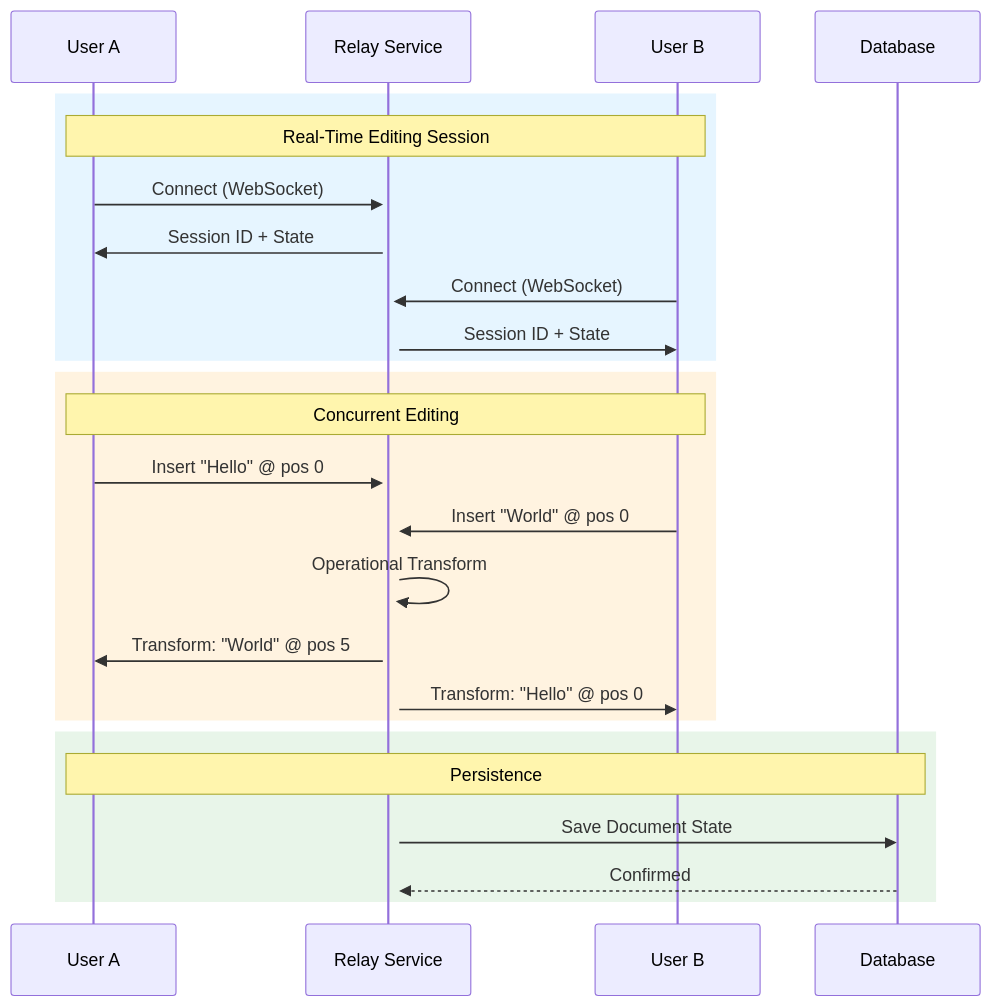
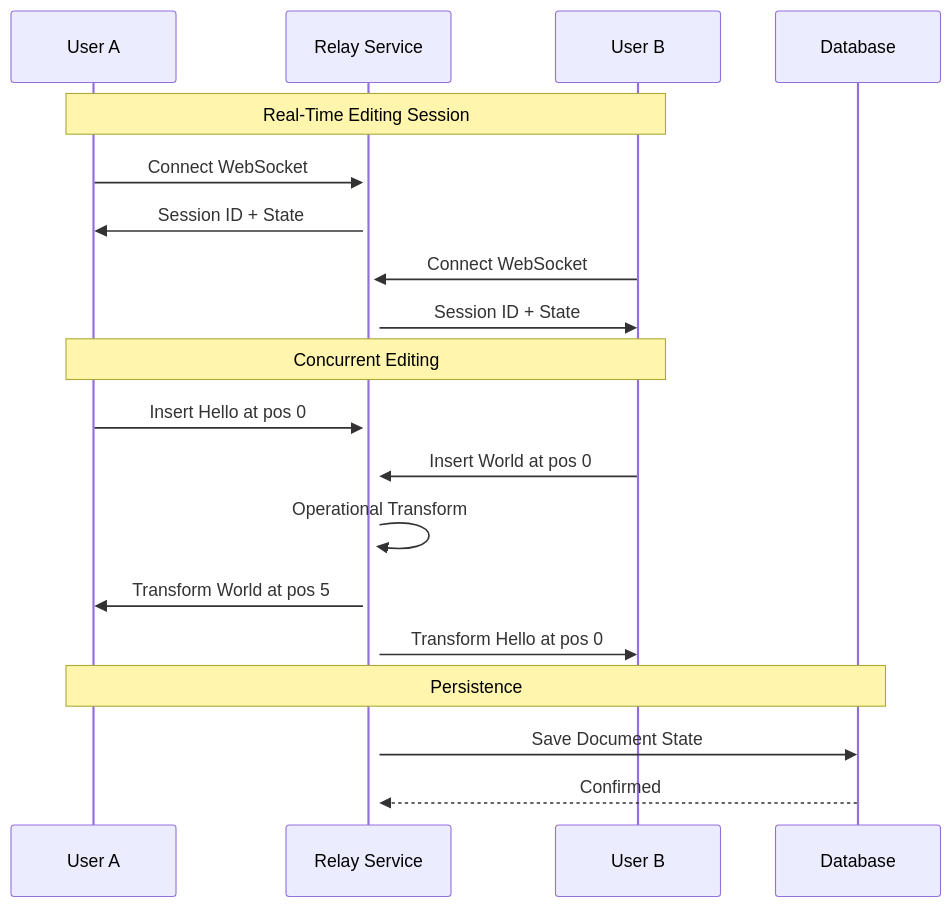
The second of 5 diagrams in index.mdx (materi-ai/atlas), drawn with Mermaid before and after one commit. The commit also changed other lines of this file, not shown here.

````diff
--- a/index.mdx
+++ b/index.mdx
@@ -135,30 +131,24 @@
 ```mermaid
 sequenceDiagram
     participant U1 as User A
     participant R as Relay Service
     participant U2 as User B
     participant DB as Database
 
-    rect rgb(230, 245, 255)
-        Note over U1,U2: Real-Time Editing Session
-        U1->>+R: Connect (WebSocket)
-        R->>U1: Session ID + State
-        U2->>+R: Connect (WebSocket)
-        R->>U2: Session ID + State
-    end
+    Note over U1,U2: Real-Time Editing Session
+    U1->>+R: Connect WebSocket
+    R->>U1: Session ID + State
+    U2->>+R: Connect WebSocket
+    R->>U2: Session ID + State
 
-    rect rgb(255, 243, 224)
-        Note over U1,U2: Concurrent Editing
-        U1->>R: Insert "Hello" @ pos 0
-        U2->>R: Insert "World" @ pos 0
-        R->>R: Operational Transform
-        R->>U1: Transform: "World" @ pos 5
-        R->>U2: Transform: "Hello" @ pos 0
-    end
+    Note over U1,U2: Concurrent Editing
+    U1->>R: Insert Hello at pos 0
+    U2->>R: Insert World at pos 0
+    R->>R: Operational Transform
+    R->>U1: Transform World at pos 5
+    R->>U2: Transform Hello at pos 0
 
-    rect rgb(232, 245, 233)
-        Note over U1,DB: Persistence
-        R->>DB: Save Document State
-        DB-->>R: Confirmed
-    end
+    Note over U1,DB: Persistence
+    R->>DB: Save Document State
+    DB-->>R: Confirmed
 ```
````
